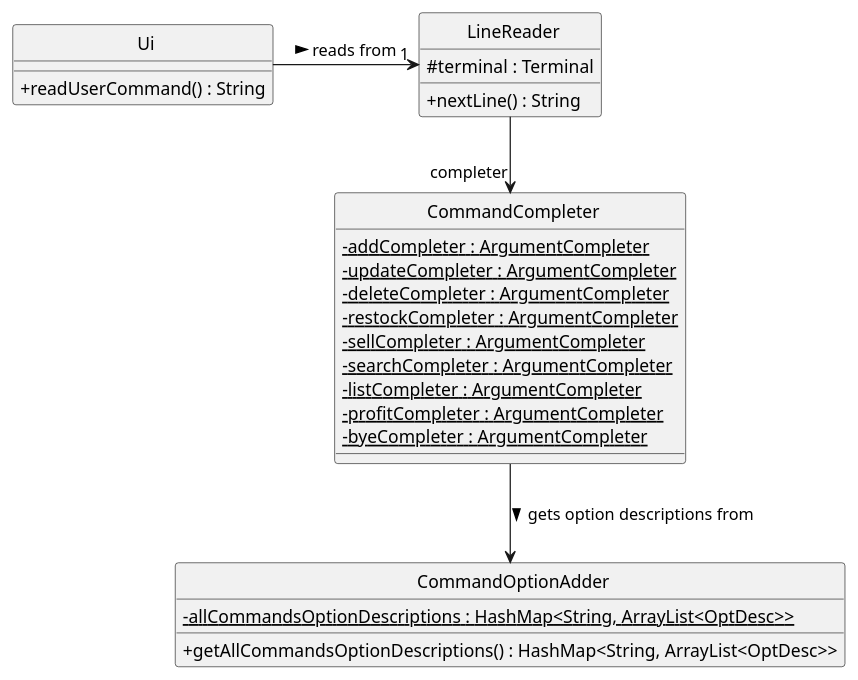
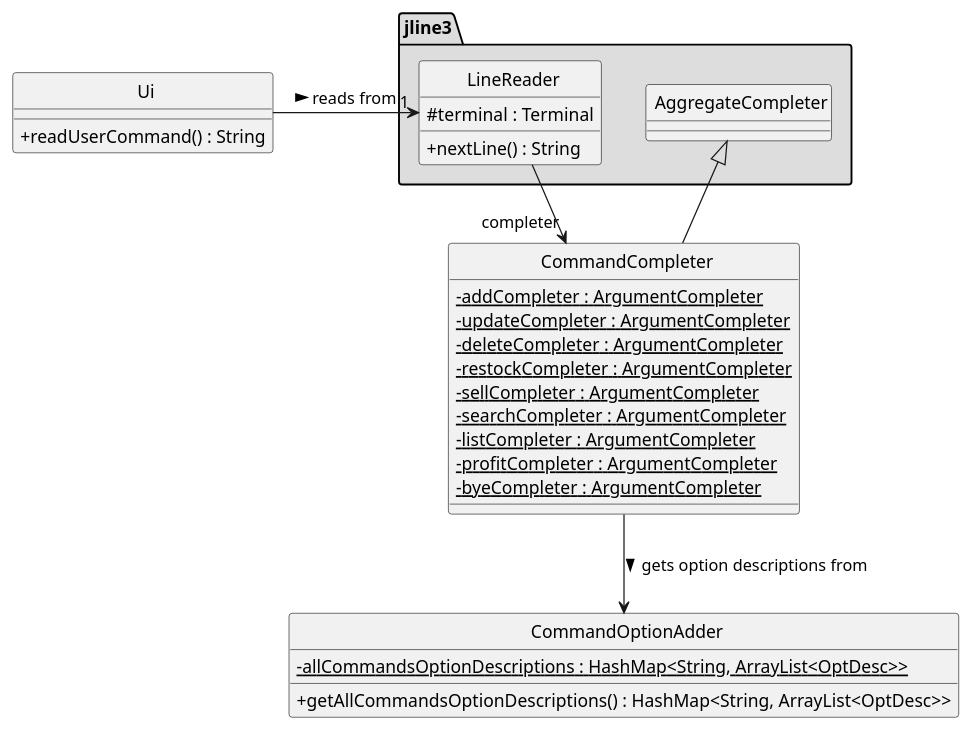
The diagram in docs/diagrams/UiClassDiagram.puml (AY2324S2-CS2113T-T09-2/tp), drawn with PlantUML before and after one commit. The commit also changed 1 other file, not shown here.

Commit message:
UiClassDiagram: reflect jline library

```diff
--- a/docs/diagrams/UiClassDiagram.puml
+++ b/docs/diagrams/UiClassDiagram.puml
@@ -1,39 +1,44 @@
 @startuml
 
 skinparam classAttributeIconSize 0
 skinparam CircledCharacterFontSize 0
 skinparam CircledCharacterRadius 0
 
 class Ui {
         + readUserCommand() : String
 }
 
-class LineReader {
-        # terminal : Terminal
+package jline3 #DDDDDD {
+        class LineReader {
+                # terminal : Terminal
+        
+                + nextLine() : String
+        }
 
-        + nextLine() : String
+        class AggregateCompleter
 }
 
 class CommandCompleter {
         - addCompleter : ArgumentCompleter {static}
         - updateCompleter : ArgumentCompleter {static}
         - deleteCompleter : ArgumentCompleter {static}
         - restockCompleter : ArgumentCompleter {static}
         - sellCompleter : ArgumentCompleter {static}
         - searchCompleter : ArgumentCompleter {static}
         - listCompleter : ArgumentCompleter {static}
         - profitCompleter : ArgumentCompleter {static}
         - byeCompleter : ArgumentCompleter {static}
 }
 
 class CommandOptionAdder {
         - allCommandsOptionDescriptions : HashMap<String, ArrayList<OptDesc>> {static}
 
         + getAllCommandsOptionDescriptions() : HashMap<String, ArrayList<OptDesc>>
 }
 
 Ui -> "1" LineReader : reads from >
 LineReader --> "completer" CommandCompleter
+CommandCompleter --|> AggregateCompleter
 CommandCompleter -d-> CommandOptionAdder : gets option descriptions from >
 
 @enduml
```
